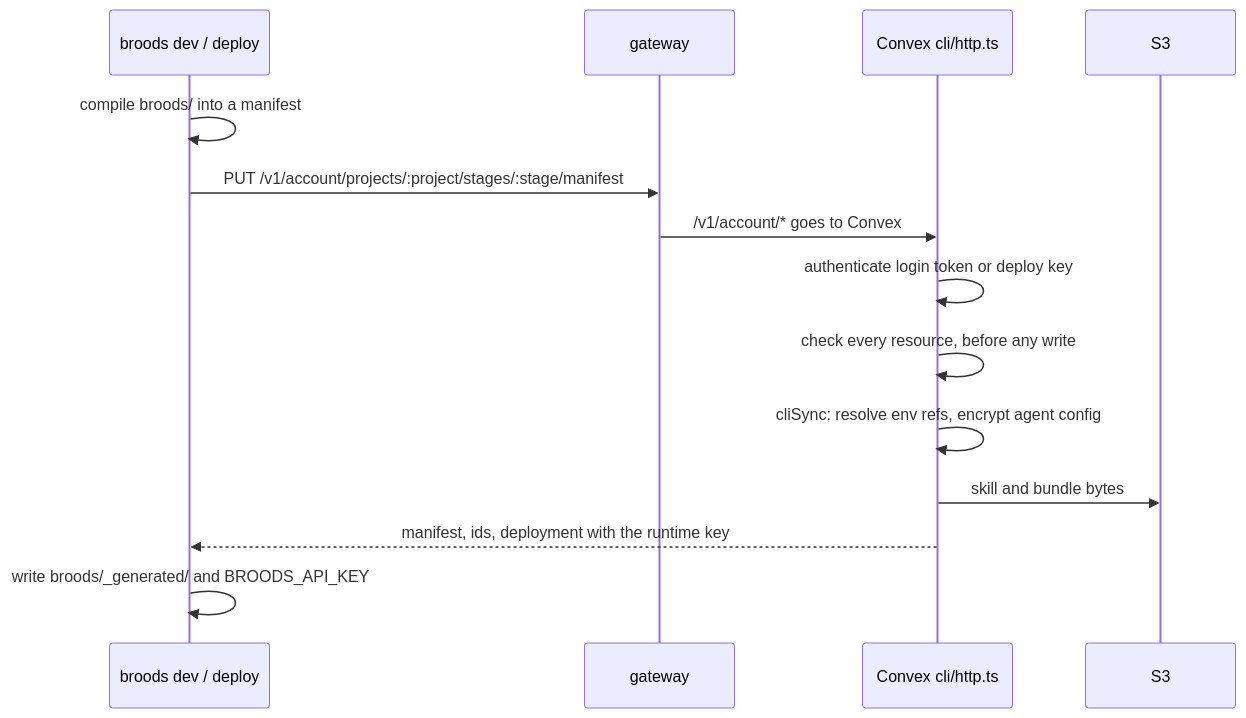
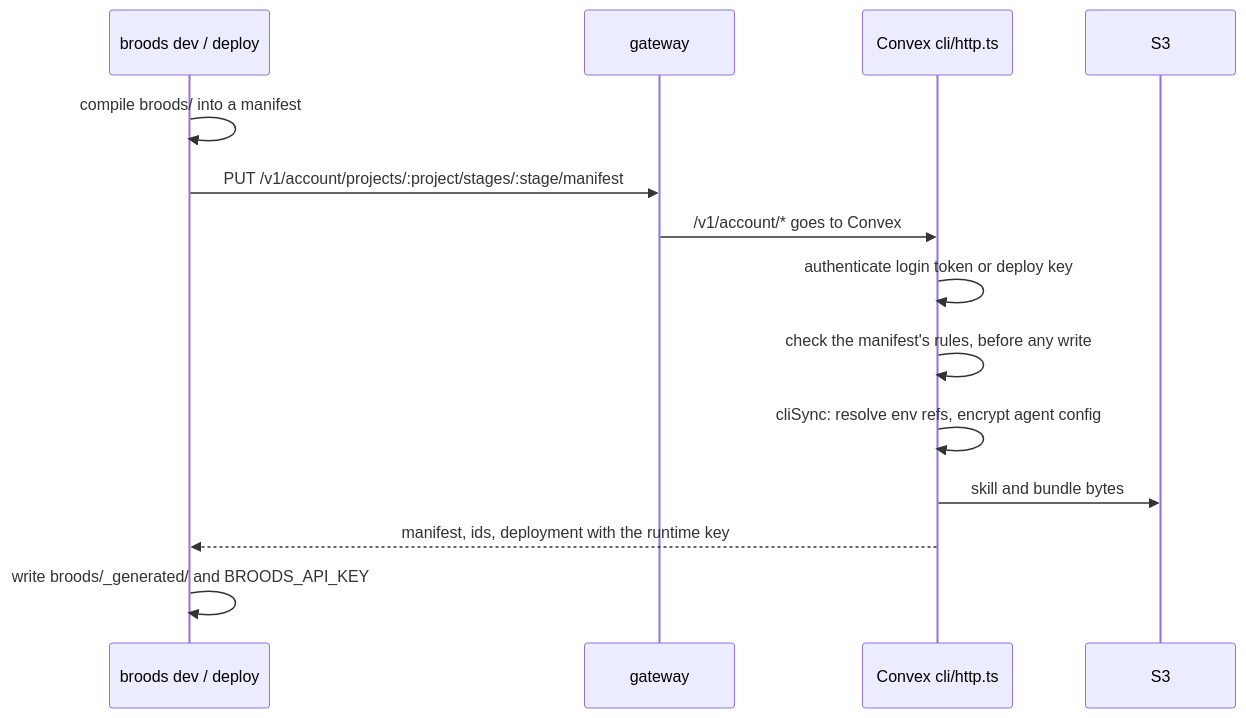
Before and after one commit to beeblastco/broods: the fifth of 6 diagrams in apps/docs/docs/internals/architecture.md, drawn with Mermaid. The commit also changed other lines of this file and 6 other files, not shown here.

````diff
--- a/apps/docs/docs/internals/architecture.md
+++ b/apps/docs/docs/internals/architecture.md
@@ -217,16 +217,16 @@
 ```mermaid
 sequenceDiagram
   participant CLI as broods dev / deploy
   participant G as gateway
   participant V as Convex cli/http.ts
   participant S as S3
   CLI->>CLI: compile broods/ into a manifest
   CLI->>G: PUT /v1/account/projects/:project/stages/:stage/manifest
   G->>V: /v1/account/* goes to Convex
   V->>V: authenticate login token or deploy key
-  V->>V: check every resource, before any write
+  V->>V: check the manifest's rules, before any write
   V->>V: cliSync: resolve env refs, encrypt agent config
   V->>S: skill and bundle bytes
   V-->>CLI: manifest, ids, deployment with the runtime key
   CLI->>CLI: write broods/_generated/ and BROODS_API_KEY
 ```
````
